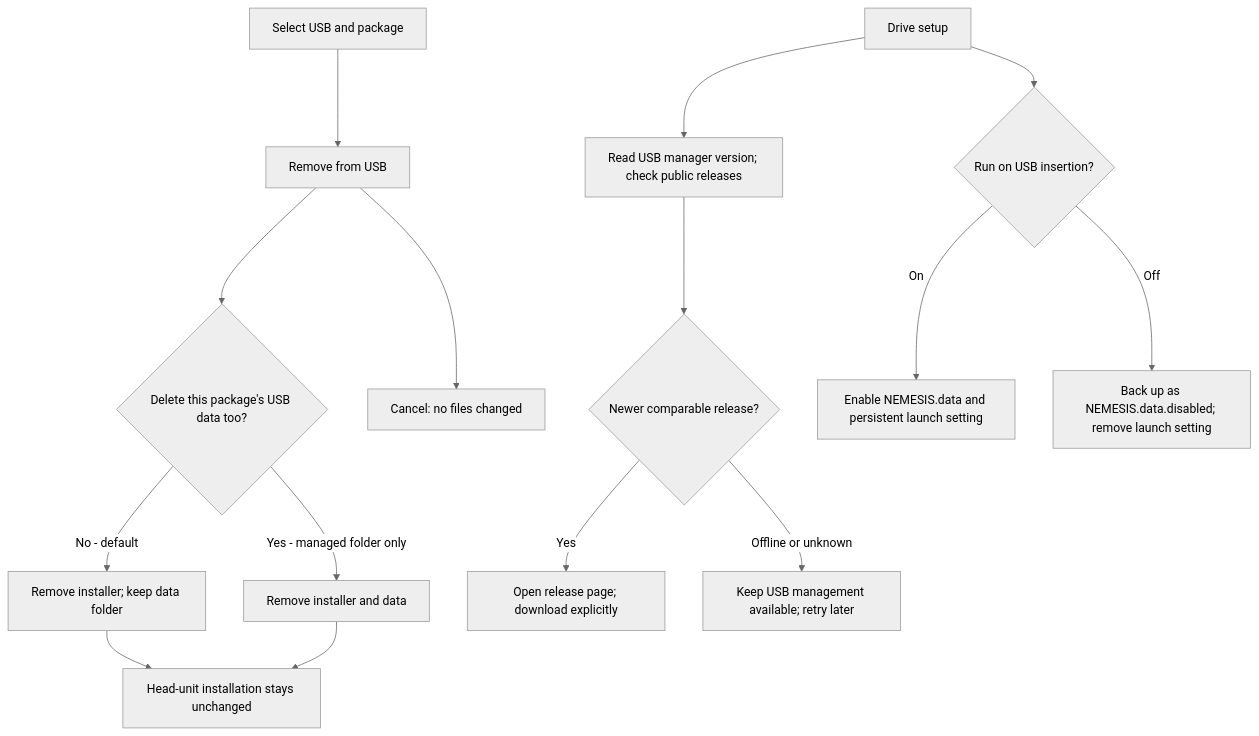
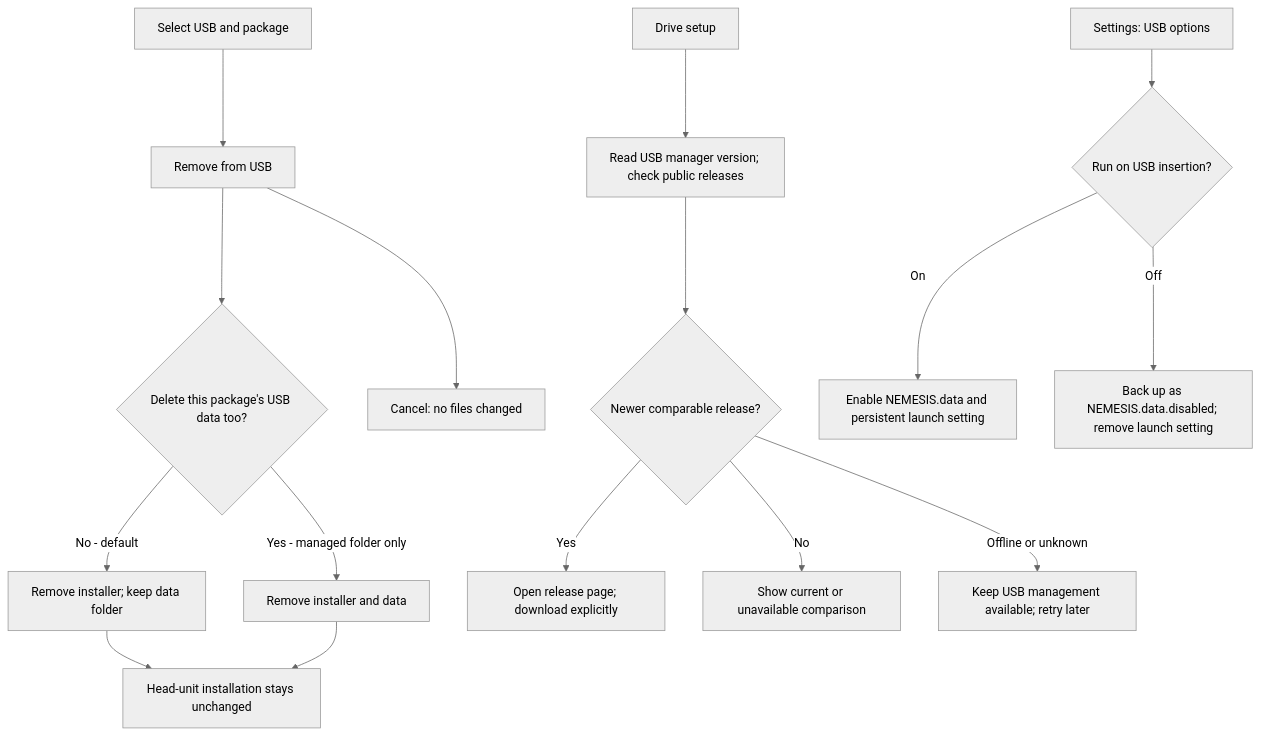
Before and after one commit to hmason55/nemesis-package-manager: the tenth of 10 diagrams in docs/WORKFLOW-REFERENCE.md, drawn with Mermaid (neutral theme). The commit also changed other lines of this file and 47 other files, not shown here.

````diff
--- a/docs/WORKFLOW-REFERENCE.md
+++ b/docs/WORKFLOW-REFERENCE.md
@@ -203,17 +232,18 @@
 ```mermaid
 flowchart TD
     selected["Select USB and package"] --> remove["Remove from USB"]
     remove --> choice{"Delete this package's USB data too?"}
     choice -->|"No - default"| keep["Remove installer; keep data folder"]
     choice -->|"Yes - managed folder only"| all["Remove installer and data"]
     remove --> cancel["Cancel: no files changed"]
     keep --> vehicle["Head-unit installation stays unchanged"]
     all --> vehicle
     setup["Drive setup"] --> versions["Read USB manager version; check public releases"]
     versions --> newer{"Newer comparable release?"}
     newer -->|Yes| link["Open release page; download explicitly"]
+    newer -->|No| current["Show current or unavailable comparison"]
     newer -->|"Offline or unknown"| retry["Keep USB management available; retry later"]
-    setup --> toggle{"Run on USB insertion?"}
+    settings["Settings: USB options"] --> toggle{"Run on USB insertion?"}
     toggle -->|On| active["Enable NEMESIS.data and persistent launch setting"]
     toggle -->|Off| disabled["Back up as NEMESIS.data.disabled; remove launch setting"]
 ```
````
